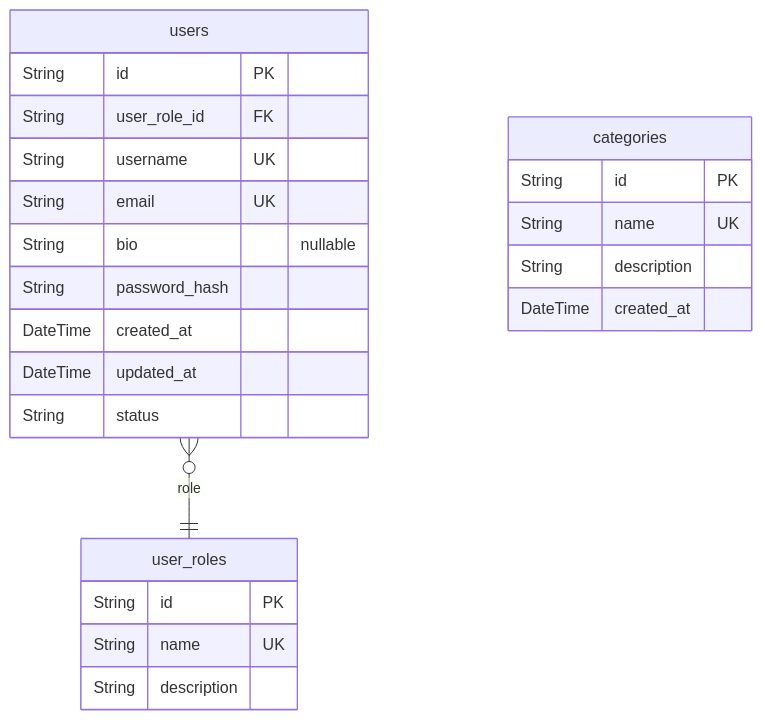
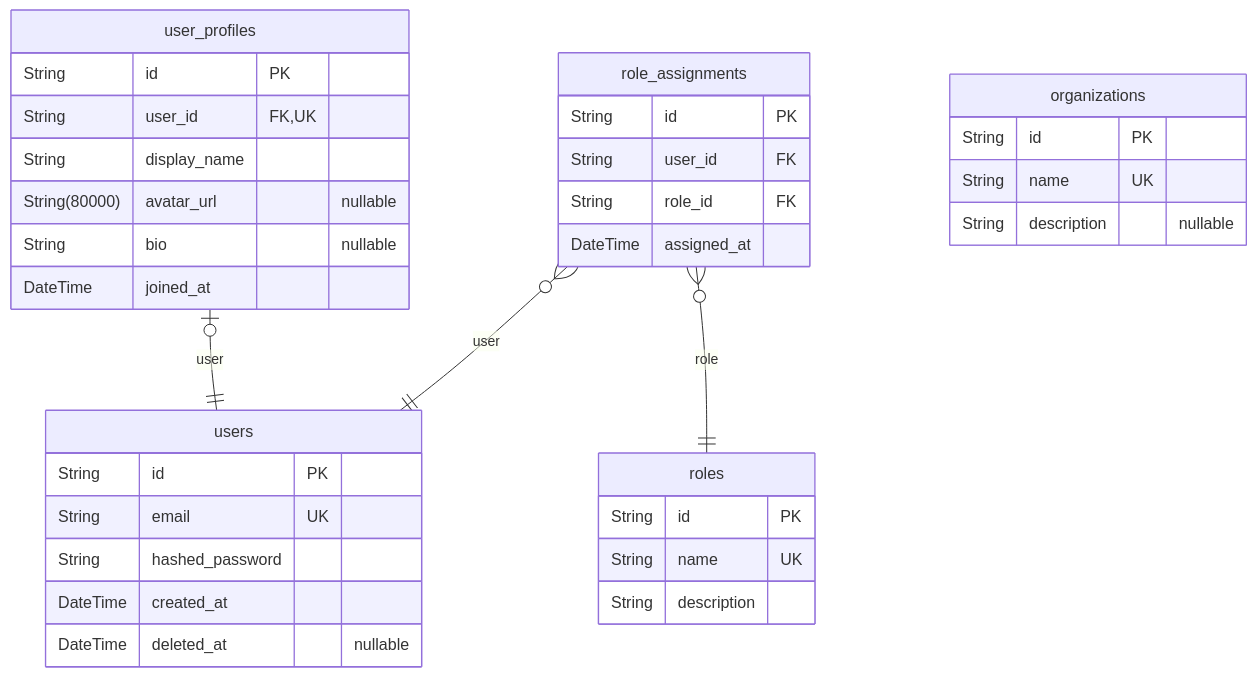
One commit to wrtnlabs/autobe-example-bbs-openai-gpt-4.1 changed the first of 7 diagrams in docs/ERD.md. Above: the diagram before and after it, drawn with Mermaid. The commit also changed other lines of this file and 329 other files, not shown here.

````diff
--- a/docs/ERD.md
+++ b/docs/ERD.md
@@ -11,26 +15,37 @@
 ```mermaid
 erDiagram
 "users" {
   String id PK
-  String user_role_id FK
-  String username UK
   String email UK
+  String hashed_password
+  DateTime created_at
+  DateTime deleted_at "nullable"
+}
+"user_profiles" {
+  String id PK
+  String user_id FK,UK
+  String display_name
+  String(80000) avatar_url "nullable"
   String bio "nullable"
-  String password_hash
-  DateTime created_at
-  DateTime updated_at
-  String status
+  DateTime joined_at
 }
-"user_roles" {
+"roles" {
   String id PK
   String name UK
   String description
 }
-"categories" {
+"role_assignments" {
+  String id PK
+  String user_id FK
+  String role_id FK
+  DateTime assigned_at
+}
+"organizations" {
   String id PK
   String name UK
-  String description
-  DateTime created_at
+  String description "nullable"
 }
-"users" }o--|| "user_roles" : role
+"user_profiles" |o--|| "users" : user
+"role_assignments" }o--|| "users" : user
+"role_assignments" }o--|| "roles" : role
 ```
````
